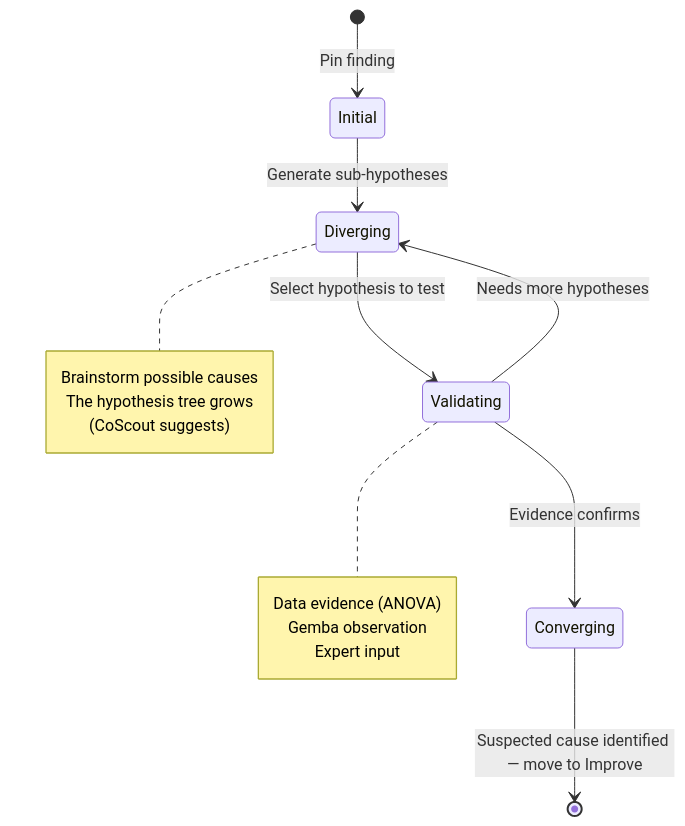
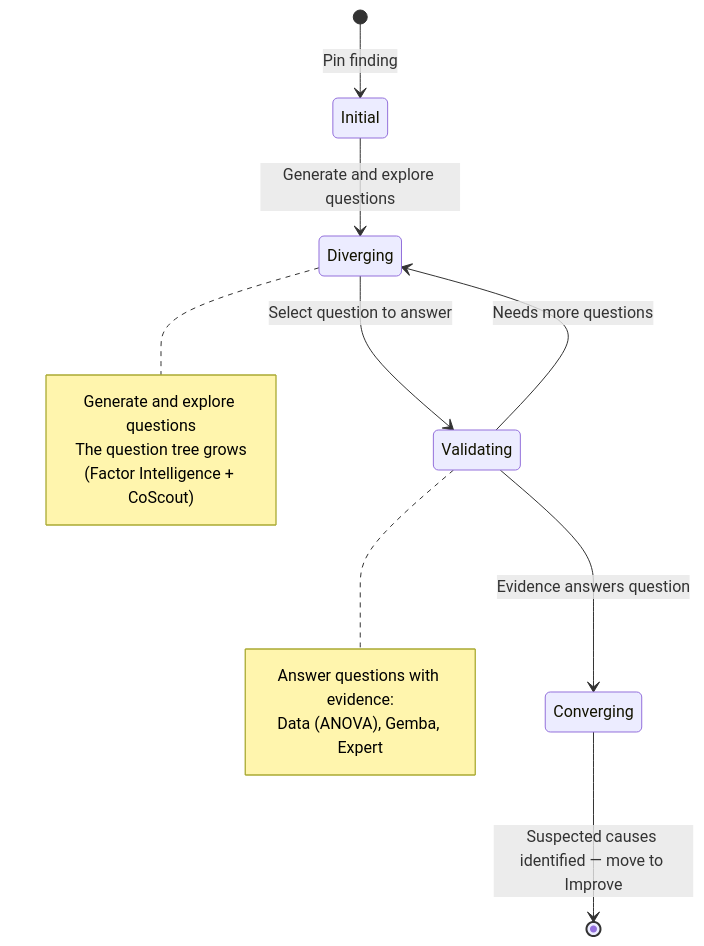
The fourth of 8 diagrams in docs/03-features/workflows/analysis-journey-map.md (jukka-matti/variscout), drawn with Mermaid before and after one commit. The commit also changed other lines of this file and 2 other files, not shown here.

First line of the commit message:
docs: update major docs for question-driven investigation model

````diff
--- a/docs/03-features/workflows/analysis-journey-map.md
+++ b/docs/03-features/workflows/analysis-journey-map.md
@@ -178,21 +179,20 @@
 ```mermaid
 stateDiagram-v2
     [*] --> Initial: Pin finding
-    Initial --> Diverging: Generate sub-hypotheses
-    Diverging --> Validating: Select hypothesis to test
-    Validating --> Diverging: Needs more hypotheses
-    Validating --> Converging: Evidence confirms
-    Converging --> [*]: Suspected cause identified — move to Improve
+    Initial --> Diverging: Generate and explore questions
+    Diverging --> Validating: Select question to answer
+    Validating --> Diverging: Needs more questions
+    Validating --> Converging: Evidence answers question
+    Converging --> [*]: Suspected causes identified — move to Improve
 
     note right of Diverging
-        Brainstorm possible causes
-        The hypothesis tree grows
-        (CoScout suggests)
+        Generate and explore questions
+        The question tree grows
+        (Factor Intelligence + CoScout)
     end note
 
     note right of Validating
-        Data evidence (ANOVA)
-        Gemba observation
-        Expert input
+        Answer questions with evidence:
+        Data (ANOVA), Gemba, Expert
     end note
 ```
````
